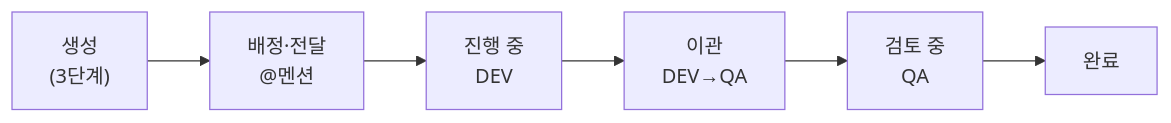
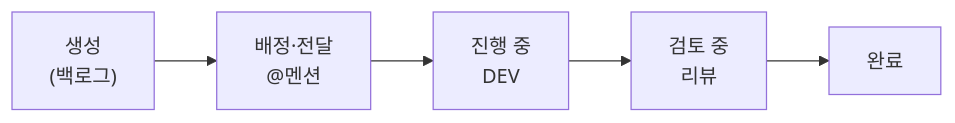
Before and after one commit to bbnotest/Smart4_PM: the third of 3 diagrams in 02_Jira/Step4.md, drawn with Mermaid. The commit also changed other lines of this file and 3 other files, not shown here.

````diff
--- a/02_Jira/Step4.md
+++ b/02_Jira/Step4.md
@@ -62,4 +62,4 @@
 ```mermaid
 graph LR
-    C["생성<br/>(3단계)"] --> AS["배정·전달<br/>@멘션"] --> IP["진행 중<br/>DEV"] --> HO["이관<br/>DEV→QA"] --> RV["검토 중<br/>QA"] --> DN["완료"]
+    C["생성<br/>(백로그)"] --> AS["배정·전달<br/>@멘션"] --> IP["진행 중<br/>DEV"] --> RV["검토 중<br/>리뷰"] --> DN["완료"]
 ```
````
